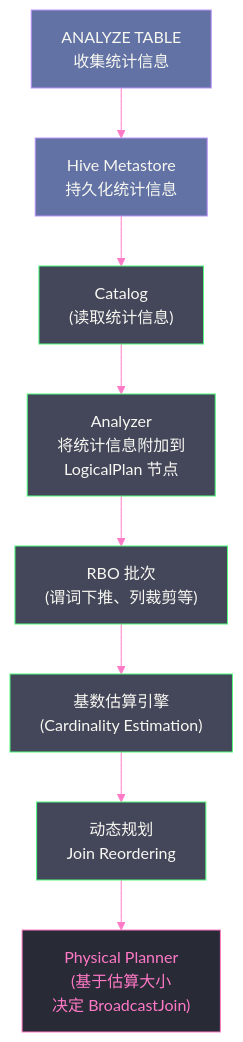
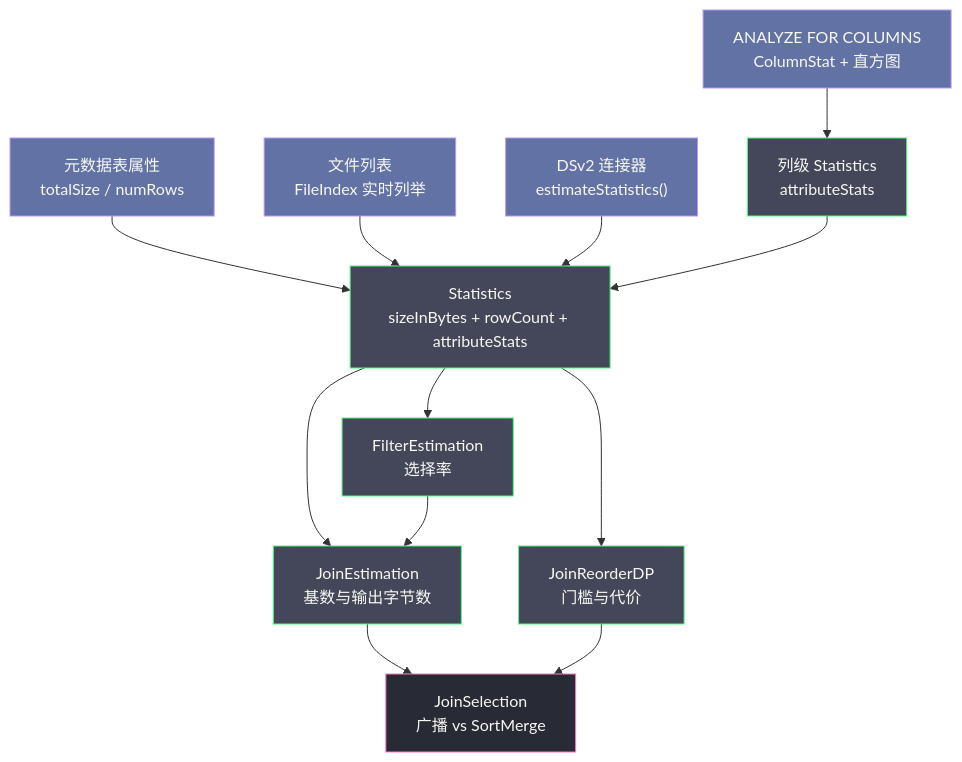
The first of 6 diagrams in content/大数据/Spark/Spark-SQL深度解析与性能调优/04 CBO 代价模型：统计信息驱动的执行计划选择.md (hpliStartAgain/my-brain), drawn with Mermaid before and after one commit. The commit also changed other lines of this file and 455 other files, not shown here.

````diff
--- a/content/大数据/Spark/Spark-SQL深度解析与性能调优/04 CBO 代价模型：统计信息驱动的执行计划选择.md
+++ b/content/大数据/Spark/Spark-SQL深度解析与性能调优/04 CBO 代价模型：统计信息驱动的执行计划选择.md
@@ -334,28 +79,21 @@
 ```mermaid
-%%{init: {"theme": "dracula", "themeVariables": {"primaryColor": "#6272a4", "primaryTextColor": "#f8f8f2", "primaryBorderColor": "#bd93f9", "lineColor": "#ff79c6", "secondaryColor": "#44475a", "tertiaryColor": "#282a36"}}}%%
+%%{init: {'theme': 'dracula'}}%%
 graph TD
-    ANALYZE["ANALYZE TABLE</br>收集统计信息"]
-    META["Hive Metastore</br>持久化统计信息"]
-    CATALOG["Catalog</br>(读取统计信息)"]
-    ANALYZER["Analyzer</br>将统计信息附加到</br>LogicalPlan 节点"]
-    RBO["RBO 批次</br>(谓词下推、列裁剪等)"]
-    CARD["基数估算引擎</br>(Cardinality Estimation)"]
-    DP["动态规划</br>Join Reordering"]
-    PHYS["Physical Planner</br>(基于估算大小</br>决定 BroadcastJoin)"]
-
-    ANALYZE --> META
-    META --> CATALOG
-    CATALOG --> ANALYZER
-    ANALYZER --> RBO
-    RBO --> CARD
-    CARD --> DP
-    DP --> PHYS
-
-    classDef input fill:#6272a4,stroke:#bd93f9,color:#f8f8f2
-    classDef engine fill:#44475a,stroke:#50fa7b,color:#f8f8f2
-    classDef output fill:#282a36,stroke:#ff79c6,color:#ff79c6
-
-    class ANALYZE,META input
-    class CATALOG,ANALYZER,RBO,CARD,DP engine
-    class PHYS output
+    A["元数据表属性<br/>totalSize / numRows"] --> S["Statistics<br/>sizeInBytes + rowCount + attributeStats"]
+    B["文件列表<br/>FileIndex 实时列举"] --> S
+    C["DSv2 连接器<br/>estimateStatistics()"] --> S
+    D["ANALYZE FOR COLUMNS<br/>ColumnStat + 直方图"] --> S2["列级 Statistics<br/>attributeStats"]
+    S2 --> S
+    S --> E["JoinEstimation<br/>基数与输出字节数"]
+    S --> F["FilterEstimation<br/>选择率"]
+    S --> G["JoinReorderDP<br/>门槛与代价"]
+    E --> H["JoinSelection<br/>广播 vs SortMerge"]
+    F --> E
+    G --> H
+    classDef src fill:#6272a4,stroke:#bd93f9,color:#f8f8f2
+    classDef core fill:#44475a,stroke:#50fa7b,color:#f8f8f2
+    classDef out fill:#282a36,stroke:#ff79c6,color:#f8f8f2
+    class A,B,C,D src
+    class S,S2,E,F,G core
+    class H out
 ```
````
